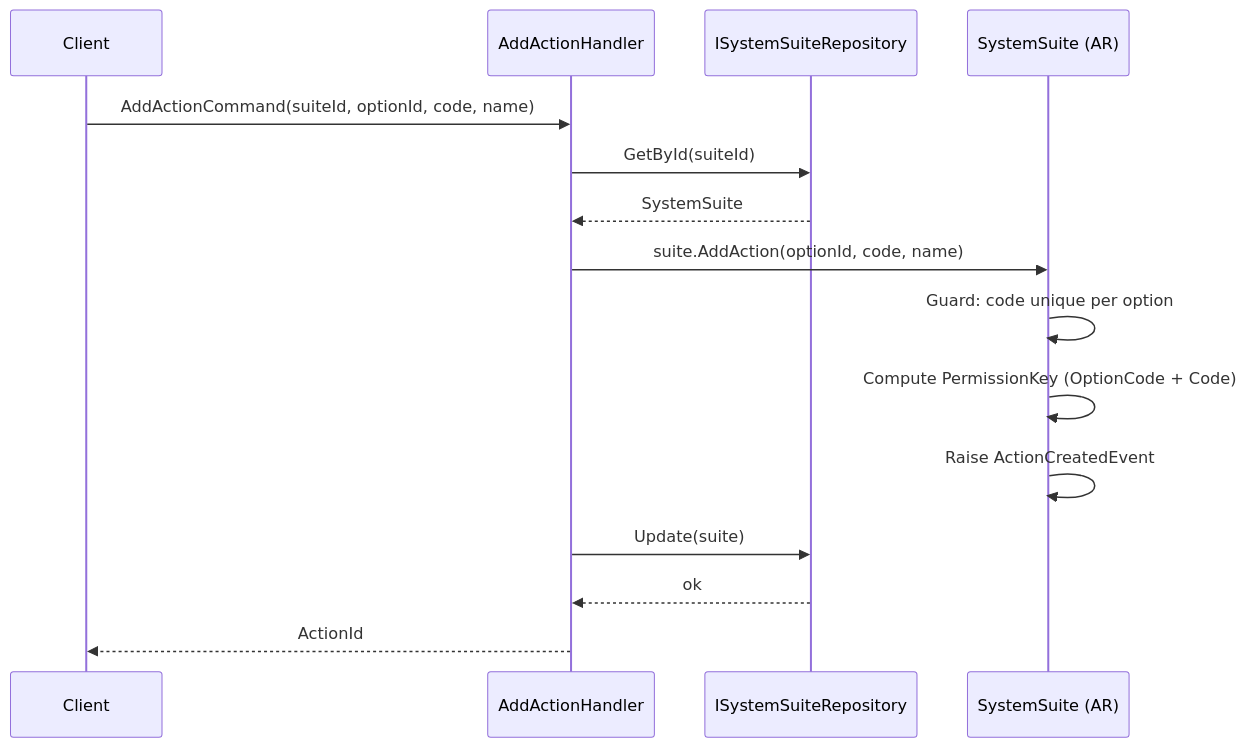
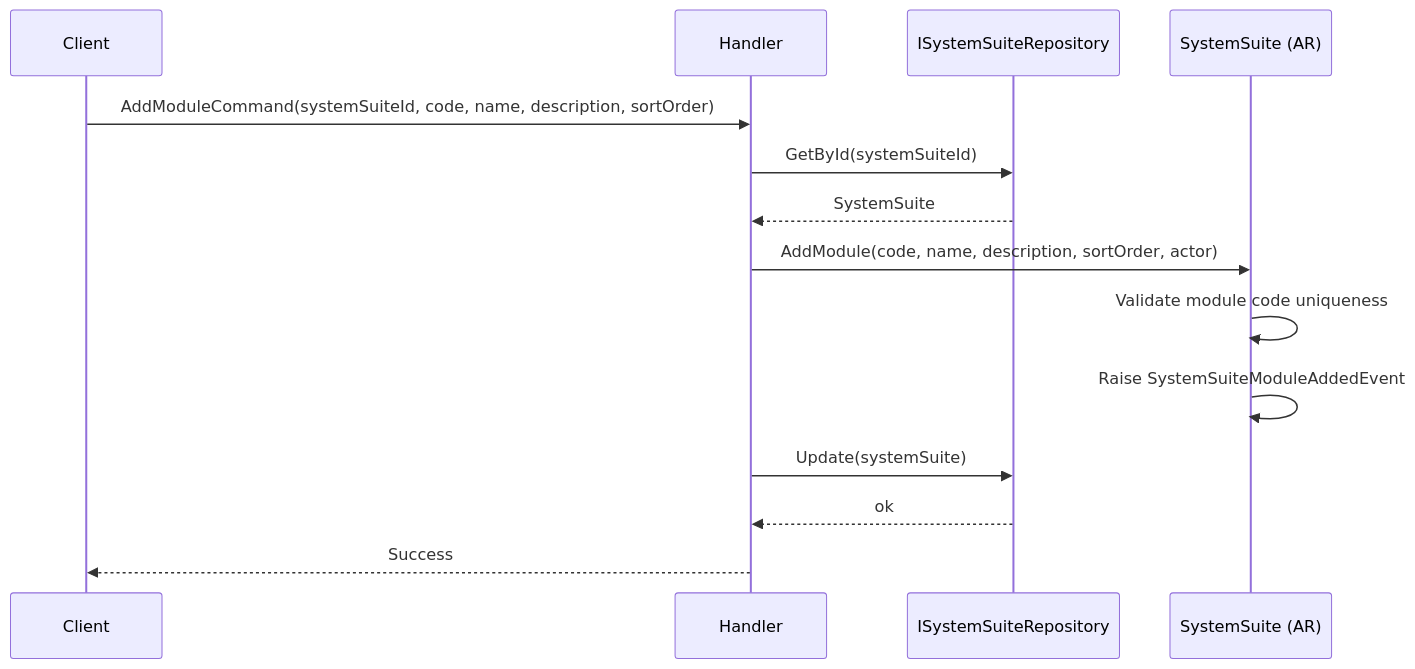
The second of 3 diagrams in docs/domain/authorization/system-suite.md (beyondnetcode/ums), drawn with Mermaid before and after one commit. The commit also changed other lines of this file and 19 other files, not shown here.

````diff
--- a/docs/domain/authorization/system-suite.md
+++ b/docs/domain/authorization/system-suite.md
@@ -186,18 +132,17 @@
 ```mermaid
 sequenceDiagram
     participant C as Client
-    participant H as AddActionHandler
+    participant H as Handler
     participant R as ISystemSuiteRepository
     participant S as SystemSuite (AR)
 
-    C->>H: AddActionCommand(suiteId, optionId, code, name)
-    H->>R: GetById(suiteId)
+    C->>H: AddModuleCommand(systemSuiteId, code, name, description, sortOrder)
+    H->>R: GetById(systemSuiteId)
     R-->>H: SystemSuite
-    H->>S: suite.AddAction(optionId, code, name)
-    S->>S: Guard: code unique per option
-    S->>S: Compute PermissionKey (OptionCode + Code)
-    S->>S: Raise ActionCreatedEvent
-    H->>R: Update(suite)
+    H->>S: AddModule(code, name, description, sortOrder, actor)
+    S->>S: Validate module code uniqueness
+    S->>S: Raise SystemSuiteModuleAddedEvent
+    H->>R: Update(systemSuite)
     R-->>H: ok
-    H-->>C: ActionId
+    H-->>C: Success
 ```
````
